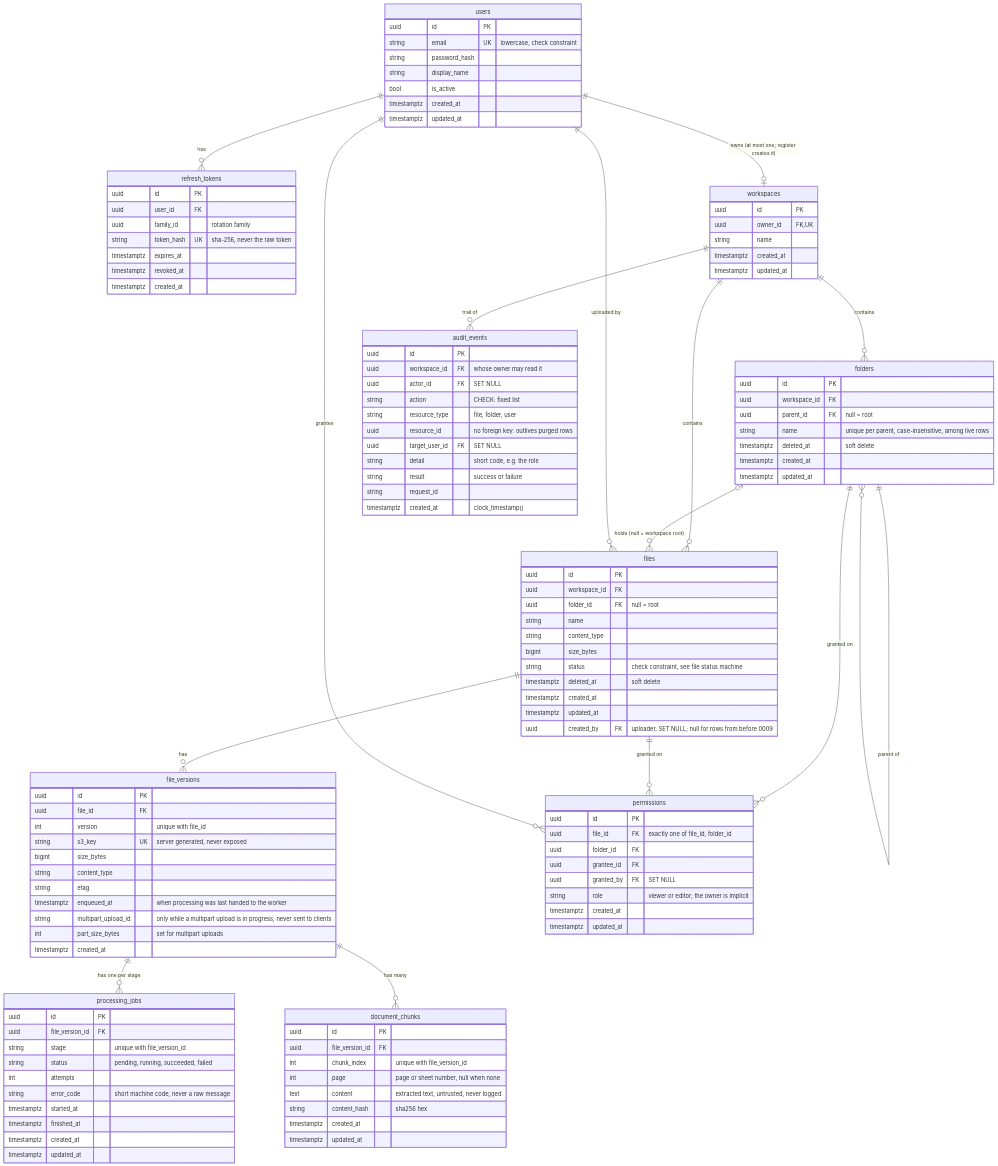
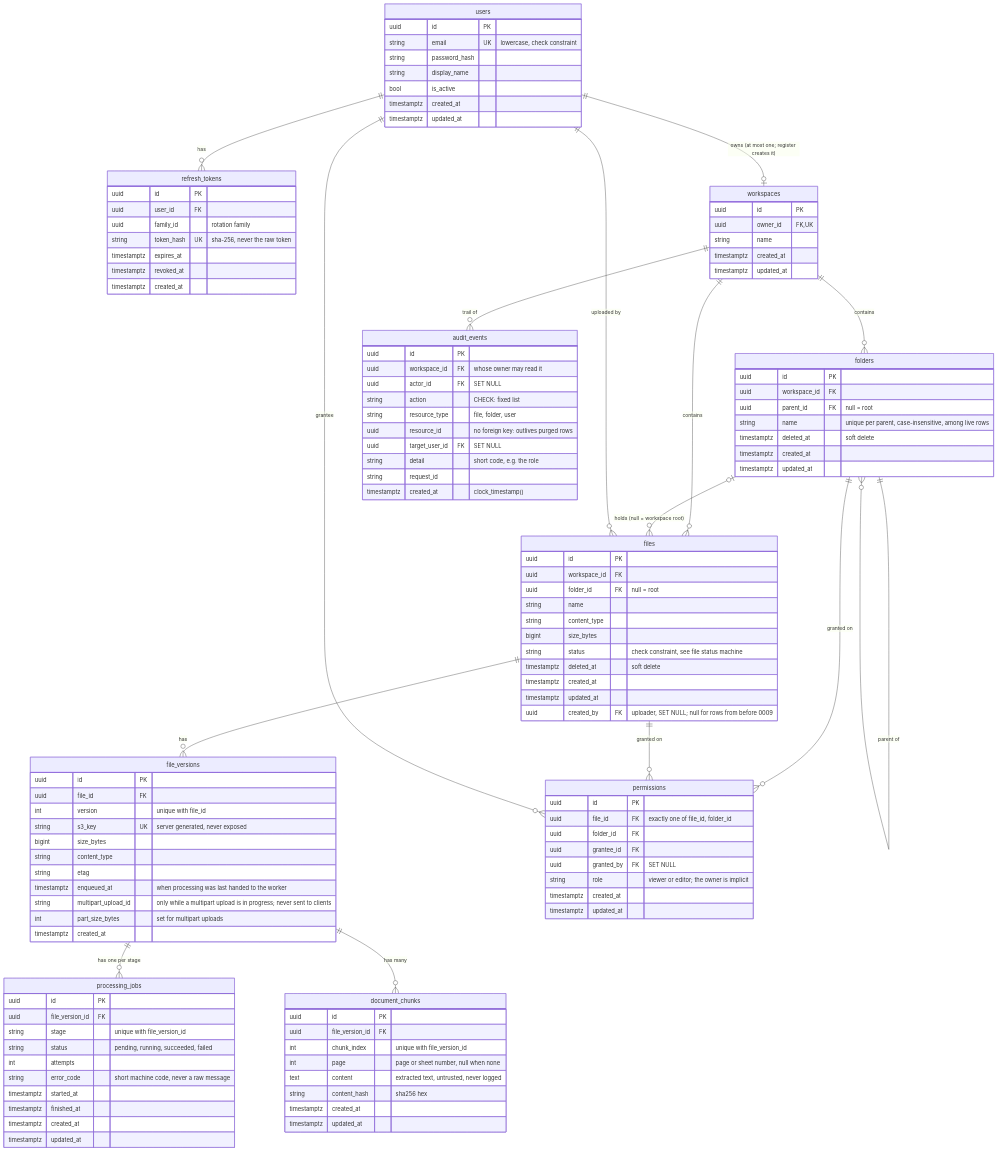
Before and after one commit to manan-77/clouddrop: the diagram in docs/er-diagram.md, drawn with Mermaid. The commit also changed 13 other files, not shown here.

```diff
--- a/docs/er-diagram.md
+++ b/docs/er-diagram.md
@@ -110,7 +110,6 @@
         uuid resource_id "no foreign key: outlives purged rows"
         uuid target_user_id FK "SET NULL"
         string detail "short code, e.g. the role"
-        string result "success or failure"
         string request_id
         timestamptz created_at "clock_timestamp()"
     }
```
